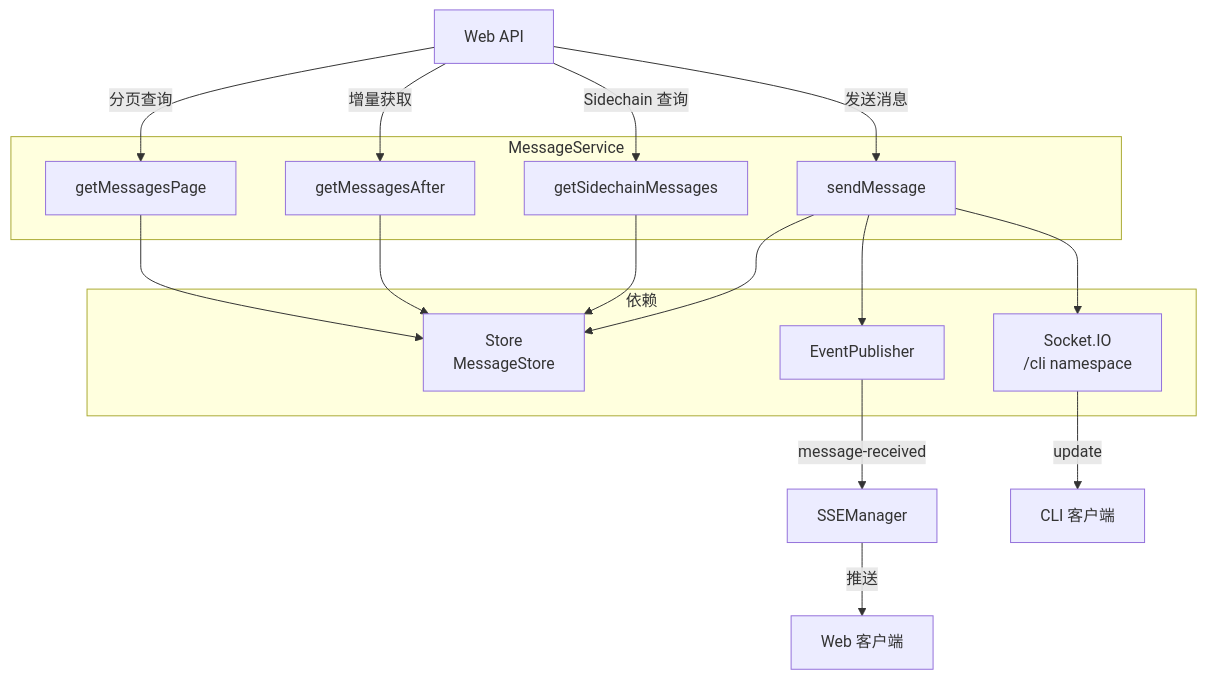
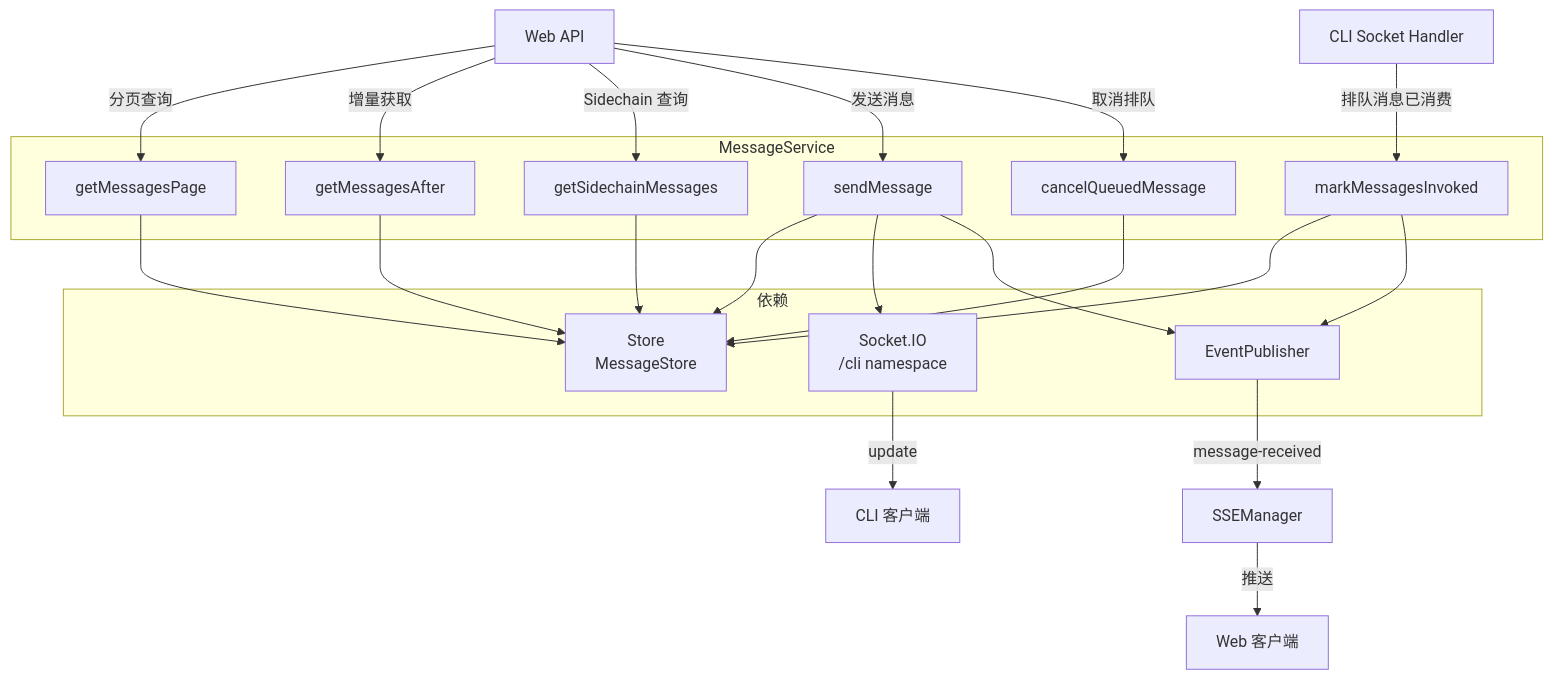
One commit to ModuBit/mobi changed the first of 3 diagrams in docs/architecture/hub/sync/message-service.md. Above: the diagram before and after it, drawn with Mermaid. The commit also changed other lines of this file and 12 other files, not shown here.

````diff
--- a/docs/architecture/hub/sync/message-service.md
+++ b/docs/architecture/hub/sync/message-service.md
@@ -9,31 +9,38 @@
 ```mermaid
 flowchart TB
     subgraph MessageService
         getMessagesPage[getMessagesPage]
         getMessagesAfter[getMessagesAfter]
         getSidechainMessages[getSidechainMessages]
         sendMessage[sendMessage]
+        markMessagesInvoked[markMessagesInvoked]
+        cancelQueuedMessage[cancelQueuedMessage]
     end
 
     subgraph 依赖
         Store[Store<br/>MessageStore]
         IO[Socket.IO<br/>/cli namespace]
         Publisher[EventPublisher]
     end
 
     WebAPI[Web API] -->|分页查询| getMessagesPage
     WebAPI -->|增量获取| getMessagesAfter
     WebAPI -->|Sidechain 查询| getSidechainMessages
     WebAPI -->|发送消息| sendMessage
+    WebAPI -->|取消排队| cancelQueuedMessage
+    SocketHandler[CLI Socket Handler] -->|排队消息已消费| markMessagesInvoked
 
     getMessagesPage --> Store
     getMessagesAfter --> Store
     getSidechainMessages --> Store
     sendMessage --> Store
     sendMessage --> IO
     sendMessage --> Publisher
+    markMessagesInvoked --> Store
+    markMessagesInvoked --> Publisher
+    cancelQueuedMessage --> Store
 
     Publisher -->|message-received| SSE[SSEManager]
     SSE -->|推送| Web[Web 客户端]
     IO -->|update| CLI[CLI 客户端]
 ```
````
